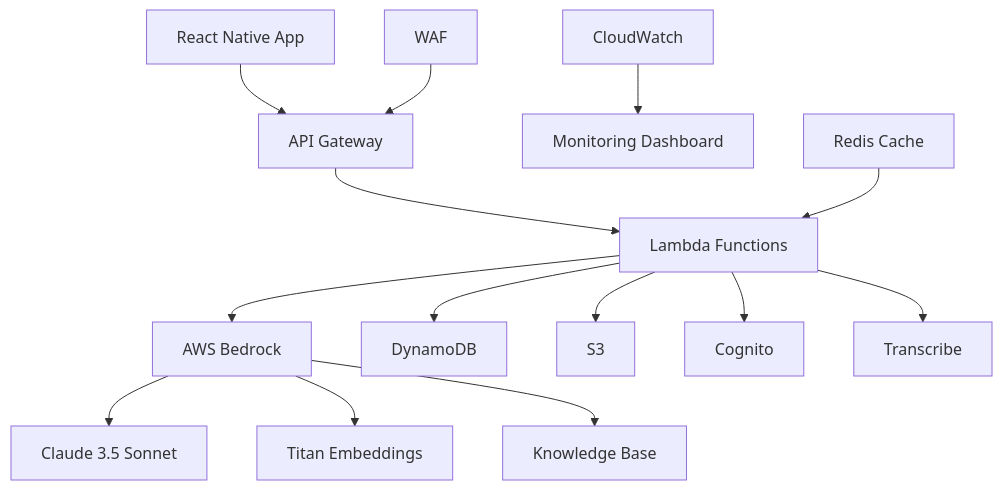
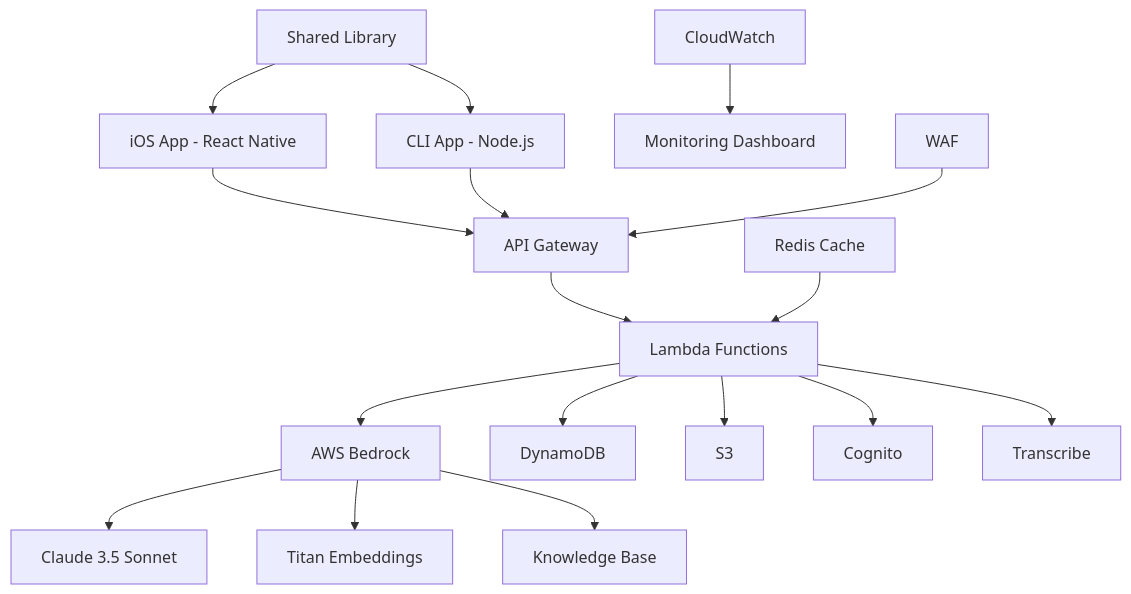
The diagram in README.md (a1o1/manuel), drawn with Mermaid before and after one commit. The commit also changed other lines of this file and 77 other files, not shown here.

First line of the commit message:
feat: implement comprehensive dual-platform frontend architecture

````diff
--- a/README.md
+++ b/README.md
@@ -43,18 +66,22 @@
 ```mermaid
 graph TB
-    A[React Native App] --> B[API Gateway]
-    B --> C[Lambda Functions]
-    C --> D[AWS Bedrock]
-    C --> E[DynamoDB]
-    C --> F[S3]
-    C --> G[Cognito]
-    C --> H[Transcribe]
-    
-    D --> I[Claude 3.5 Sonnet]
-    D --> J[Titan Embeddings]
-    D --> K[Knowledge Base]
-    
-    L[CloudWatch] --> M[Monitoring Dashboard]
-    N[WAF] --> B
-    O[Redis Cache] --> C
+    A[iOS App - React Native] --> B[API Gateway]
+    C[CLI App - Node.js] --> B
+    D[Shared Library] --> A
+    D --> C
+
+    B --> E[Lambda Functions]
+    E --> F[AWS Bedrock]
+    E --> G[DynamoDB]
+    E --> H[S3]
+    E --> I[Cognito]
+    E --> J[Transcribe]
+
+    F --> K[Claude 3.5 Sonnet]
+    F --> L[Titan Embeddings]
+    F --> M[Knowledge Base]
+
+    N[CloudWatch] --> O[Monitoring Dashboard]
+    P[WAF] --> B
+    Q[Redis Cache] --> E
 ```
````
